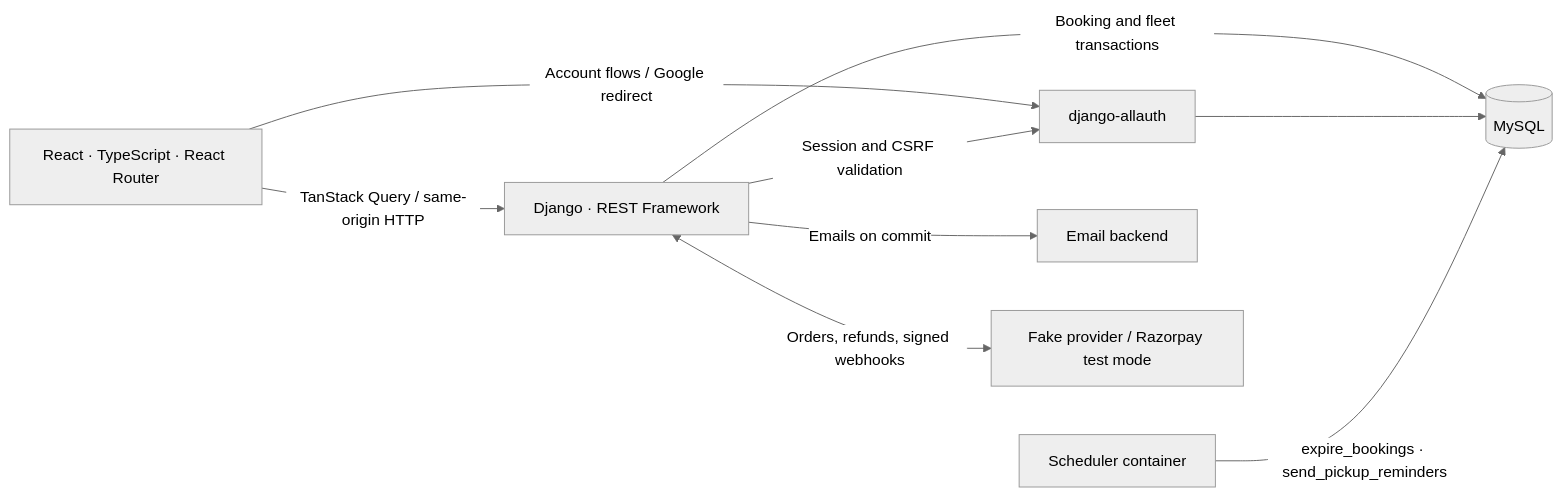
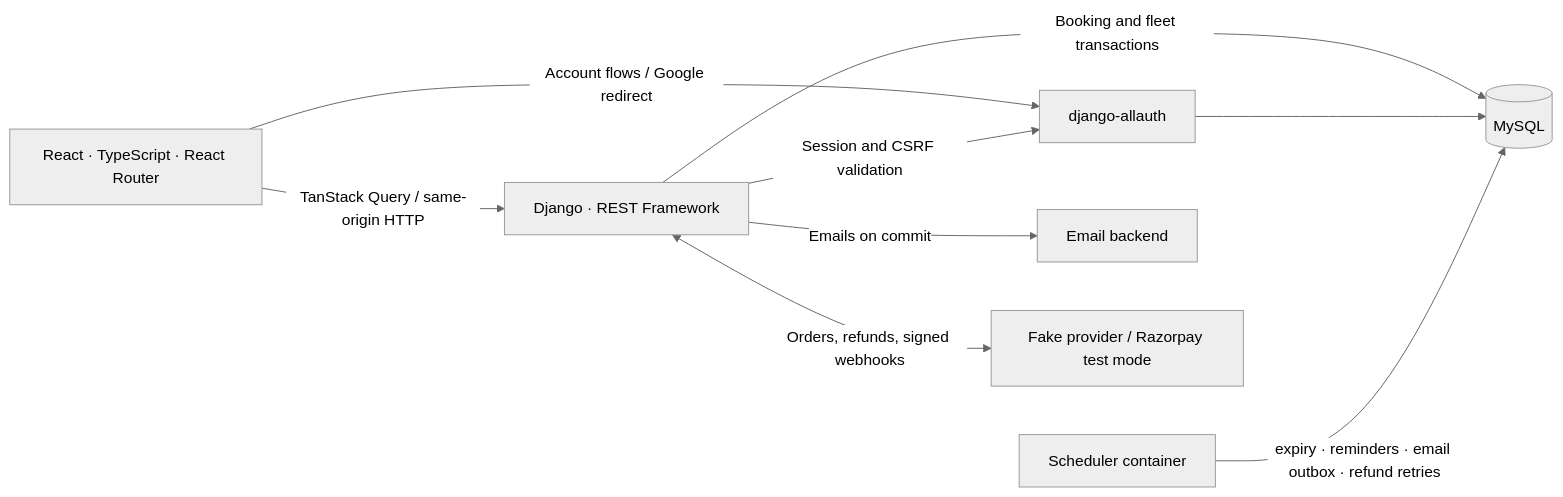
Before and after one commit to priyadharshanexe/motorlane: the diagram in README.md, drawn with Mermaid (neutral theme). The commit also changed other lines of this file and 1 other file, not shown here.

Commit message:
Bring the architecture docs up to date with payments, refunds, the outbox and the scheduler

````diff
--- a/README.md
+++ b/README.md
@@ -15,11 +15,11 @@
 ```mermaid
 flowchart LR
     Browser["React · TypeScript · React Router"] -->|TanStack Query / same-origin HTTP| Django["Django · REST Framework"]
     Browser -->|Account flows / Google redirect| Allauth["django-allauth"]
     Django -->|Session and CSRF validation| Allauth
     Django -->|Booking and fleet transactions| DB[(MySQL)]
     Allauth --> DB
-    Scheduler["Scheduler container"] -->|expire_bookings · send_pickup_reminders| DB
+    Scheduler["Scheduler container"] -->|expiry · reminders · email outbox · refund retries| DB
     Django -->|Emails on commit| Mail["Email backend"]
     Django <-->|Orders, refunds, signed webhooks| Pay["Fake provider / Razorpay test mode"]
 ```
````
